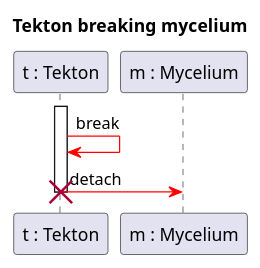
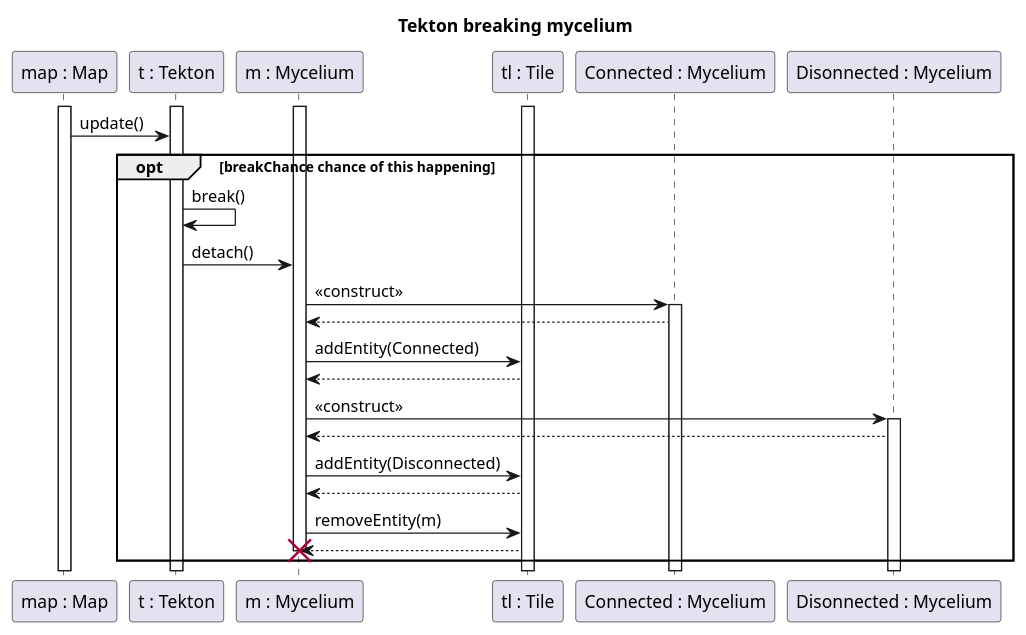
Before and after one commit to Klastiv/Projlab_nullpointerexception: the diagram in diagrams/diagramFiles/SQ_TectonBreaksMycelium.puml, drawn with PlantUML.

Commit message:
tektonbreakmycelium

```diff
--- a/diagrams/diagramFiles/SQ_TectonBreaksMycelium.puml
+++ b/diagrams/diagramFiles/SQ_TectonBreaksMycelium.puml
@@ -1,15 +1,46 @@
 @startuml TektonBreakMycelium
 title Tekton breaking mycelium
 
+participant "map : Map" as M
 participant "t : Tekton" as T
-participant "m : Mycelium" as M
+participant "m : Mycelium" as My
+participant "tl : Tile" as Tl
+participant "Connected : Mycelium" as Mc
+participant "Disonnected : Mycelium" as Md
+
 
 activate T
+activate My
+activate M
+activate Tl
 
-T-[#RED]>T : break
-T-[#red]>M : detach
+M->T : update()
+opt breakChance chance of this happening
+T->T : break()
+T->My : detach()
 
-destroy T
+My->Mc : <<construct>>
+
+activate Mc
+
+Mc-->My
+My->Tl : addEntity(Connected)
+Tl --> My
+My->Md : <<construct>>
+
+activate Md
+
+Md-->My
+My->Tl : addEntity(Disconnected)
+Tl-->My
+
+My->Tl : removeEntity(m)
+Tl-->My
+
+destroy My
+
+
+end
 
 
 @enduml
```
